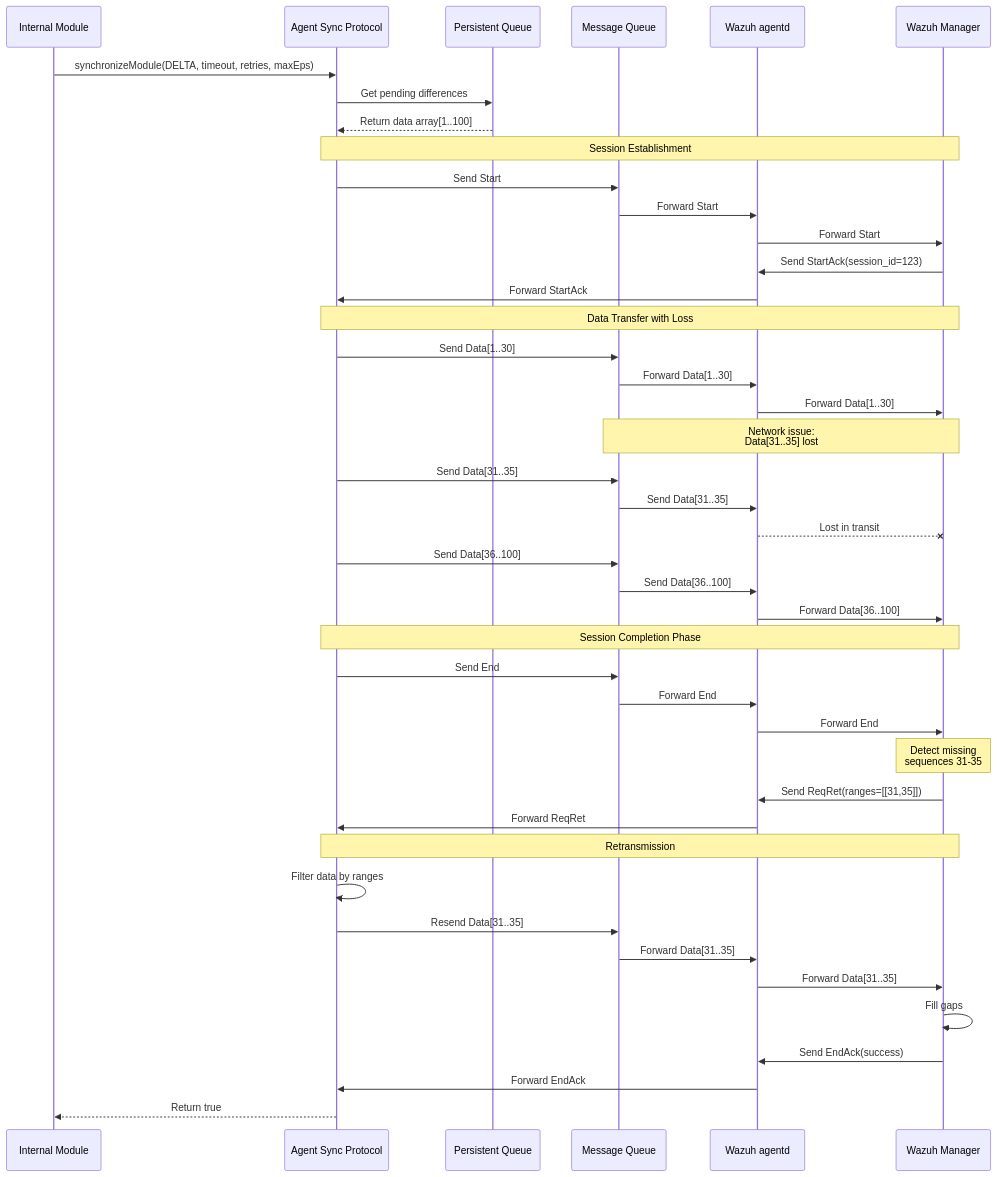
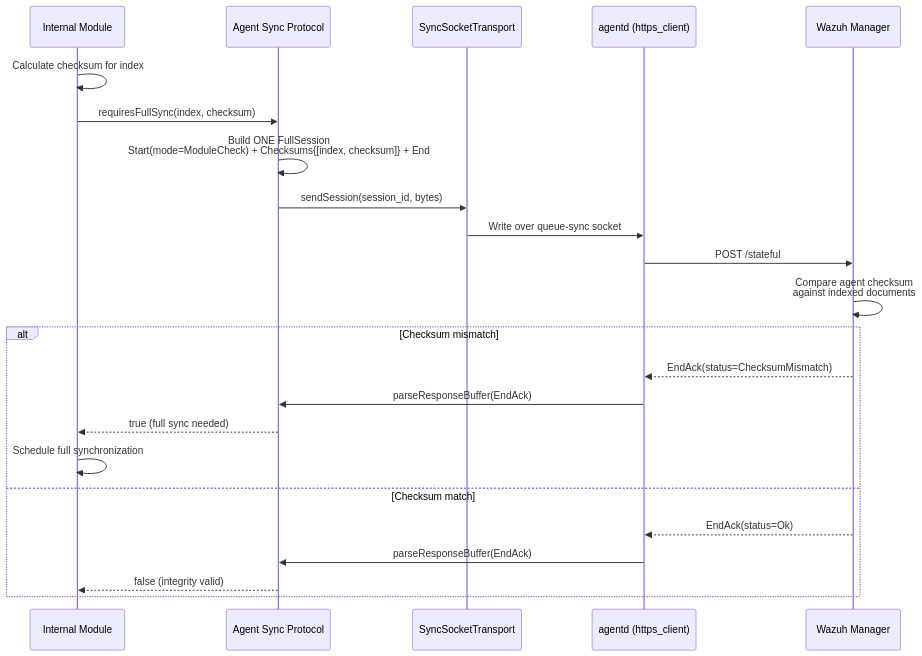
The fifth of 12 diagrams in docs/ref/modules/utils/sync-protocol/sequence-diagrams.md (wazuh/wazuh), drawn with Mermaid before and after one commit. The commit also changed other lines of this file and 9 other files, not shown here.

Commit message:
refactor(sync-protocol): fold FullSession's four payload vectors into one union

````diff
--- a/docs/ref/modules/utils/sync-protocol/sequence-diagrams.md
+++ b/docs/ref/modules/utils/sync-protocol/sequence-diagrams.md
@@ -147,54 +113,29 @@
 ```mermaid
 sequenceDiagram
     participant Module as Internal Module
     participant ASP as Agent Sync Protocol
-    participant Queue as Persistent Queue
-    participant MQ as Message Queue
-    participant AD as Wazuh agentd
+    participant Transport as SyncSocketTransport
+    participant AD as agentd (https_client)
     participant Manager as Wazuh Manager
 
-    Module->>ASP: synchronizeModule(DELTA, timeout, retries, maxEps)
-    ASP->>Queue: Get pending differences
-    Queue-->>ASP: Return data array[1..100]
+    Module->>Module: Calculate checksum for index
+    Module->>ASP: requiresFullSync(index, checksum)
 
-    Note over ASP,Manager: Session Establishment
-    ASP->>MQ: Send Start
-    MQ->>AD: Forward Start
-    AD->>Manager: Forward Start
-    Manager->>AD: Send StartAck(session_id=123)
-    AD->>ASP: Forward StartAck
+    ASP->>ASP: Build ONE FullSession<br/>Start(mode=ModuleCheck) + Checksums{[index, checksum]} + End
+    ASP->>Transport: sendSession(session_id, bytes)
+    Transport->>AD: Write over queue-sync socket
+    AD->>Manager: POST /stateful
 
-    Note over ASP,Manager: Data Transfer with Loss
-    ASP->>MQ: Send Data[1..30]
-    MQ->>AD: Forward Data[1..30]
-    AD->>Manager: Forward Data[1..30]
+    Manager->>Manager: Compare agent checksum<br/>against indexed documents
 
-    Note over MQ,Manager: Network issue:<br/>Data[31..35] lost
-    ASP->>MQ: Send Data[31..35]
-    MQ->>AD: Send Data[31..35]
-    AD--xManager: Lost in transit
-
-    ASP->>MQ: Send Data[36..100]
-    MQ->>AD: Send Data[36..100]
-    AD->>Manager: Forward Data[36..100]
-
-    Note over ASP,Manager: Session Completion Phase
-    ASP->>MQ: Send End
-    MQ->>AD: Forward End
-    AD->>Manager: Forward End
-
-    Note over Manager: Detect missing<br/>sequences 31-35
-    Manager->>AD: Send ReqRet(ranges=[[31,35]])
-    AD->>ASP: Forward ReqRet
-
-    Note over ASP,Manager: Retransmission
-    ASP->>ASP: Filter data by ranges
-    ASP->>MQ: Resend Data[31..35]
-    MQ->>AD: Forward Data[31..35]
-    AD->>Manager: Forward Data[31..35]
-    Manager->>Manager: Fill gaps
-
-    Manager->>AD: Send EndAck(success)
-    AD->>ASP: Forward EndAck
-    ASP-->>Module: Return true
+    alt Checksum mismatch
+        Manager-->>AD: EndAck(status=ChecksumMismatch)
+        AD->>ASP: parseResponseBuffer(EndAck)
+        ASP-->>Module: true (full sync needed)
+        Module->>Module: Schedule full synchronization
+    else Checksum match
+        Manager-->>AD: EndAck(status=Ok)
+        AD->>ASP: parseResponseBuffer(EndAck)
+        ASP-->>Module: false (integrity valid)
+    end
 ```
````
